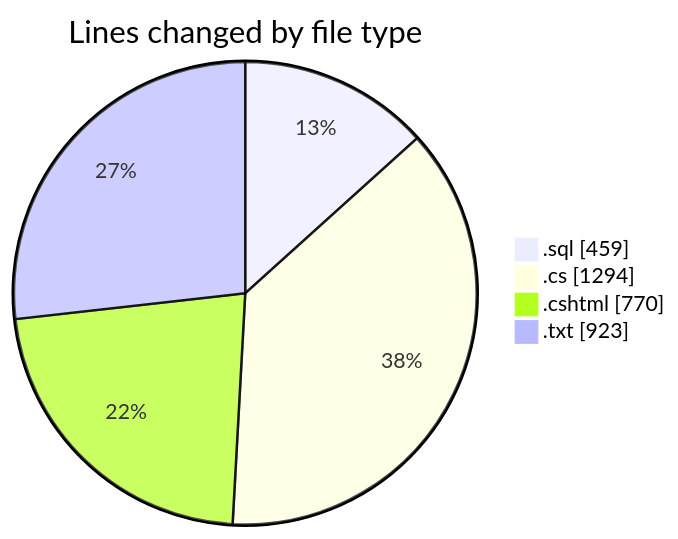
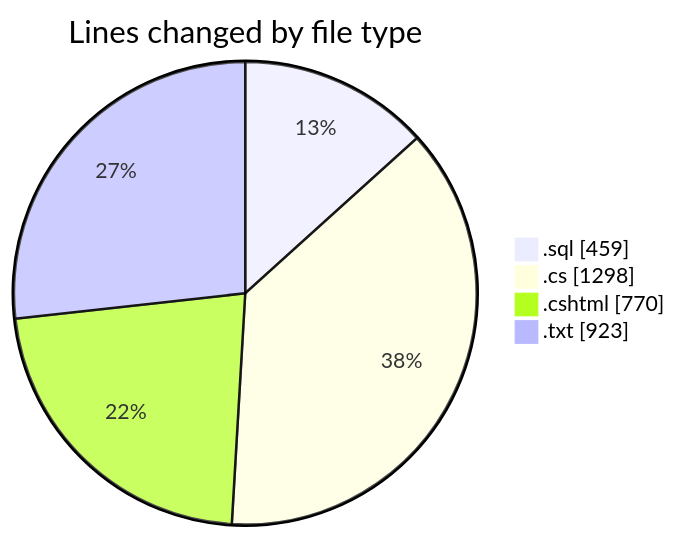
One commit to lephambinh05/code-tracking changed the first of 2 diagrams in 2025-07-23/quanlyrapchieuphim/README.md. Above: the diagram before and after it, drawn with Mermaid. The commit also changed other lines of this file and 1 other file, not shown here.

````diff
--- a/2025-07-23/quanlyrapchieuphim/README.md
+++ b/2025-07-23/quanlyrapchieuphim/README.md
@@ -27,8 +27,8 @@
 ```mermaid
 pie showData
 title Lines changed by file type
 ".sql" : 459
-".cs" : 1294
+".cs" : 1298
 ".cshtml" : 770
 ".txt" : 923
 ```
````
